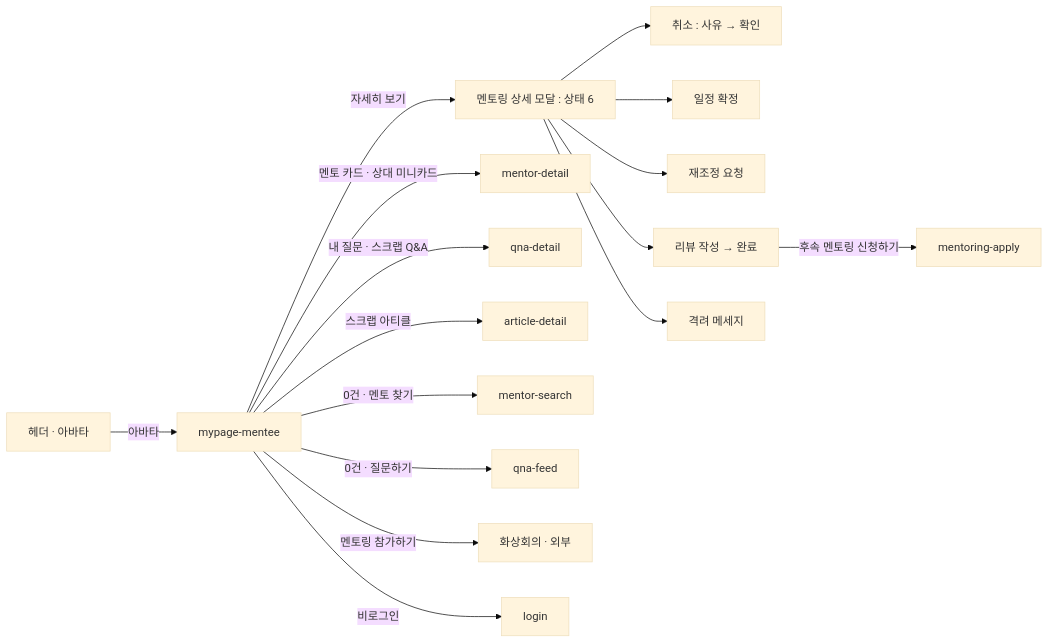
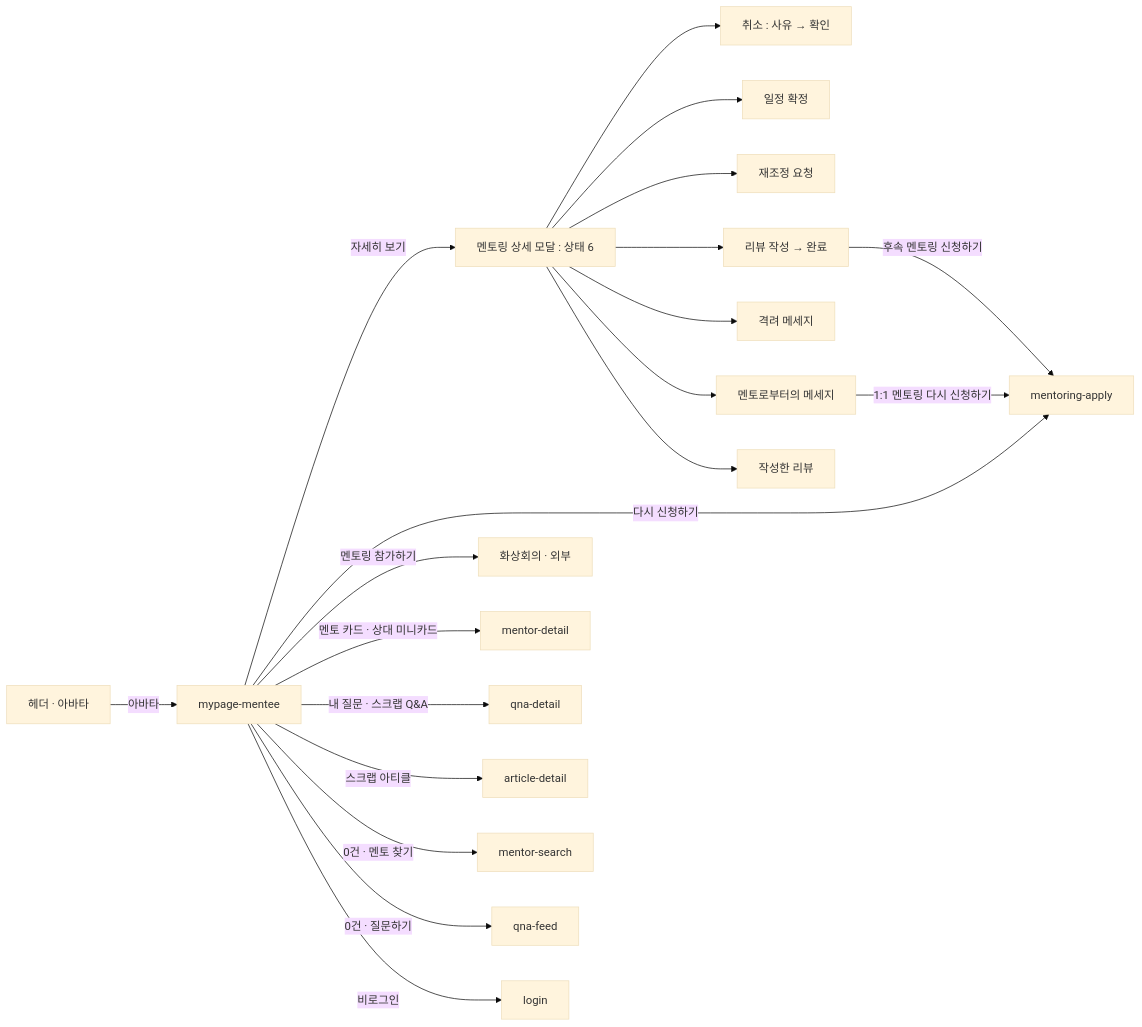
Before and after one commit to jisoo-y-mentree/mentree2-pd-fe: the diagram in design/screens/mypage-mentee/UI-SPEC.md, drawn with Mermaid (base theme). The commit also changed other lines of this file and 5 other files, not shown here.

First line of the commit message:
mypage-mentee · mypage-mentor: 「멘토링 카드 일람」(878:57647 · 878:57047)을 사양에 반영한다 — 완료 · 취소 카드와 메세지 모달 · 전이도 §2 · §3

````diff
--- a/design/screens/mypage-mentee/UI-SPEC.md
+++ b/design/screens/mypage-mentee/UI-SPEC.md
@@ -285,35 +301,41 @@
 ```mermaid
 flowchart LR
   hdr["헤더 · 아바타"]
   mp["mypage-mentee"]
   det["멘토링 상세 모달 : 상태 6"]
   cancel["취소 : 사유 → 확인"]
   fix["일정 확정"]
   resch["재조정 요청"]
   review["리뷰 작성 → 완료"]
   cheer["격려 메세지"]
+  mmsg["멘토로부터의 메세지"]
+  myrev["작성한 리뷰"]
   md["mentor-detail"]
   qd["qna-detail"]
   ad["article-detail"]
   ap["mentoring-apply"]
   ms["mentor-search"]
   qf["qna-feed"]
   meet["화상회의 · 외부"]
   login["login"]
 
   hdr -->|"아바타"| mp
   mp -->|"자세히 보기"| det
   det --> cancel
   det --> fix
   det --> resch
   det --> review
   det --> cheer
+  det --> mmsg
+  det --> myrev
+  mmsg -->|"1:1 멘토링 다시 신청하기"| ap
+  mp -->|"다시 신청하기"| ap
   review -->|"후속 멘토링 신청하기"| ap
   mp -->|"멘토링 참가하기"| meet
   mp -->|"멘토 카드 · 상대 미니카드"| md
   mp -->|"내 질문 · 스크랩 Q&A"| qd
   mp -->|"스크랩 아티클"| ad
   mp -->|"0건 · 멘토 찾기"| ms
   mp -->|"0건 · 질문하기"| qf
   mp -->|"비로그인"| login
 ```
````
